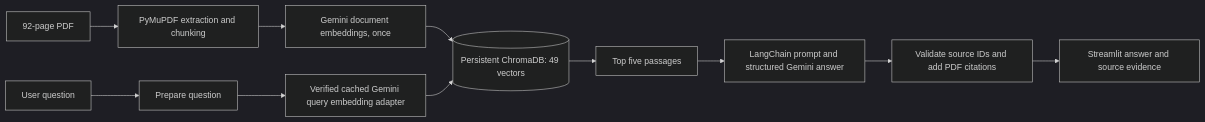
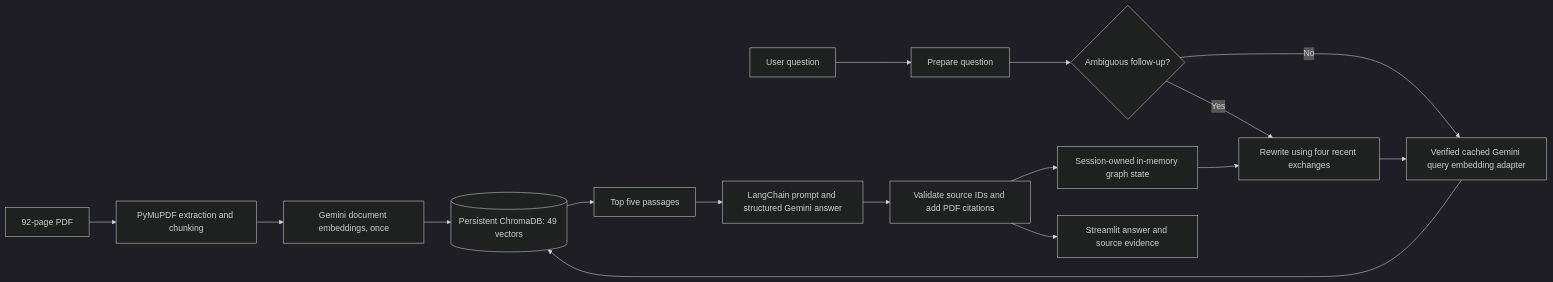
The first of 2 diagrams in README.md (awaisarif18/pakistan-north-travel-buddy), drawn with Mermaid (dark theme) before and after one commit. The commit also changed other lines of this file and 5 other files, not shown here.

Commit message:
Add session-scoped conversational memory and follow-up query rewriting

````diff
--- a/README.md
+++ b/README.md
@@ -45,13 +47,18 @@
 ```mermaid
 flowchart LR
     P[92-page PDF] --> X[PyMuPDF extraction and chunking]
     X --> E[Gemini document embeddings, once]
     E --> C[(Persistent ChromaDB: 49 vectors)]
     Q[User question] --> PQ[Prepare question]
-    PQ --> QE[Verified cached Gemini query embedding adapter]
+    PQ --> F{Ambiguous follow-up?}
+    F -->|No| QE[Verified cached Gemini query embedding adapter]
+    F -->|Yes| W[Rewrite using four recent exchanges]
+    H[Session-owned in-memory graph state] --> W
+    W --> QE
     QE --> C
     C --> R[Top five passages]
     R --> G[LangChain prompt and structured Gemini answer]
     G --> V[Validate source IDs and add PDF citations]
     V --> UI[Streamlit answer and source evidence]
+    V --> H
 ```
````
